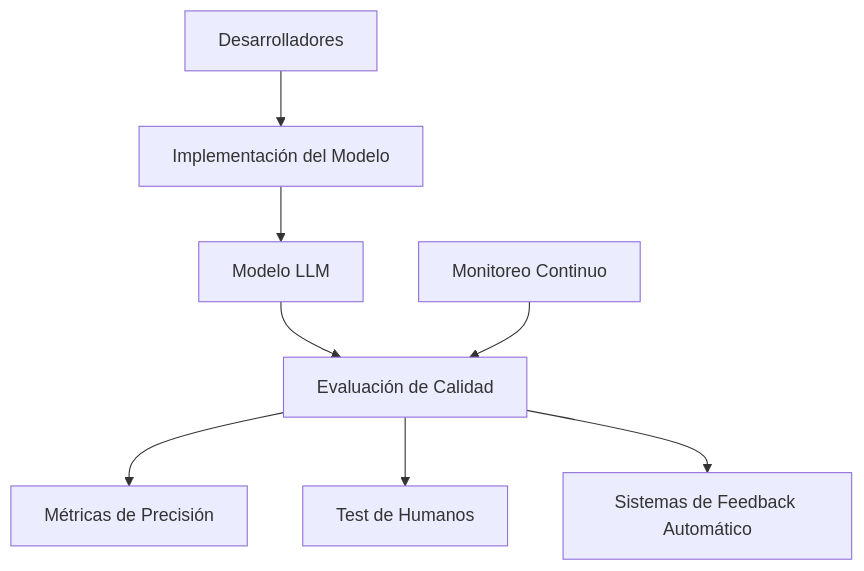
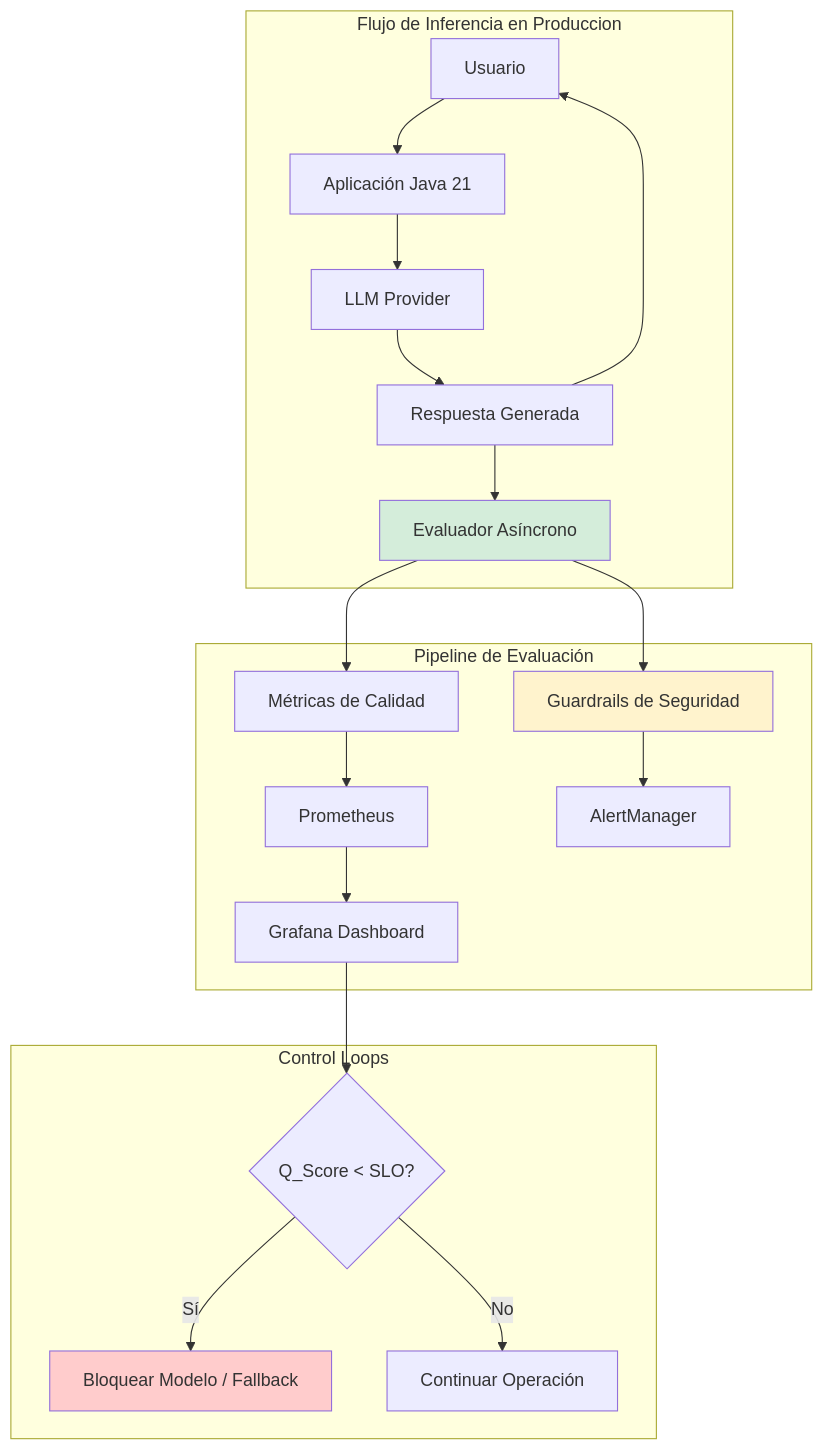
The first of 3 diagrams in _Review/evaluacion_de_modelos_llm_metricas_y_calidad/evaluacion_de_modelos_llm_metricas_y_calidad.md (Joaquinriosheredia/DAM-Java-Mastery), drawn with Mermaid before and after one commit. The commit also changed other lines of this file, not shown here.

Commit message:
evaluacion_de_modelos_llm_metricas_y_calidad.md

````diff
--- a/_Review/evaluacion_de_modelos_llm_metricas_y_calidad/evaluacion_de_modelos_llm_metricas_y_calidad.md
+++ b/_Review/evaluacion_de_modelos_llm_metricas_y_calidad/evaluacion_de_modelos_llm_metricas_y_calidad.md
@@ -44,10 +70,28 @@
 ```mermaid
 graph TD
-    A[Modelo LLM] --> B[Evaluación de Calidad]
-    B --> C[Métricas de Precisión]
-    B --> D[Test de Humanos]
-    B --> E[Sistemas de Feedback Automático]
-    F[Desarrolladores] --> G[Implementación del Modelo]
-    G --> A
-    H[Monitoreo Continuo] --> B
+    subgraph "Flujo de Inferencia en Produccion"
+        USER[Usuario] --> APP[Aplicación Java 21]
+        APP --> LLM[LLM Provider]
+        LLM --> RESP[Respuesta Generada]
+        RESP --> USER
+        RESP --> EVAL[Evaluador Asíncrono]
+    end
+    
+    subgraph "Pipeline de Evaluación"
+        EVAL --> METRICS[Métricas de Calidad]
+        EVAL --> GUARD[Guardrails de Seguridad]
+        METRICS --> PROM[Prometheus]
+        GUARD --> ALERT[AlertManager]
+        PROM --> GRAF[Grafana Dashboard]
+    end
+    
+    subgraph "Control Loops"
+        GRAF --> DECISION{Q_Score < SLO?}
+        DECISION -->|Sí| BLOCK[Bloquear Modelo / Fallback]
+        DECISION -->|No| CONT[Continuar Operación]
+    end
+    
+    style EVAL fill:#d4edda
+    style GUARD fill:#fff3cd
+    style BLOCK fill:#ffcccc
 ```
````
